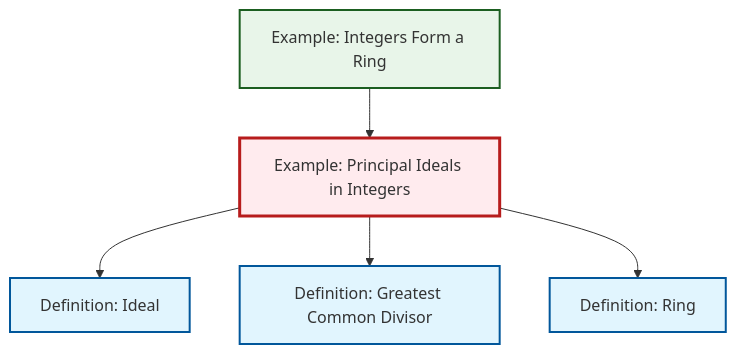
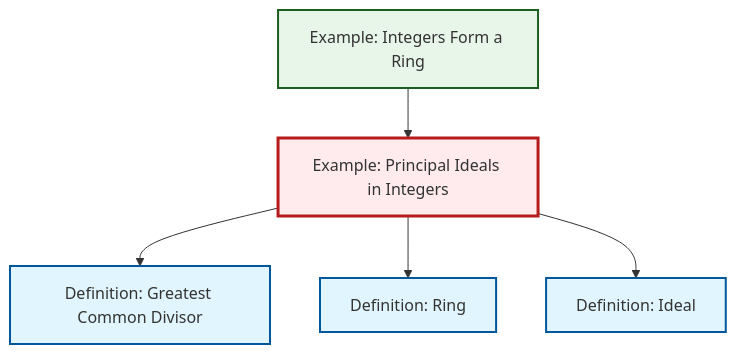
Before and after one commit to RK0429/ModernMath: the diagram in content/en/algebra/ex-principal-ideal.qmd, drawn with Mermaid. The commit also changed other lines of this file and 672 other files, not shown here.

````diff
--- a/content/en/algebra/ex-principal-ideal.qmd
+++ b/content/en/algebra/ex-principal-ideal.qmd
@@ -63,23 +63,23 @@
 ```{mermaid}
 %%| fig-cap: "Local dependency graph"
 graph TD
     classDef definition fill:#e1f5fe,stroke:#01579b,stroke-width:2px
     classDef theorem fill:#f3e5f5,stroke:#4a148c,stroke-width:2px
     classDef axiom fill:#fff3e0,stroke:#e65100,stroke-width:2px
     classDef example fill:#e8f5e9,stroke:#1b5e20,stroke-width:2px
     classDef current fill:#ffebee,stroke:#b71c1c,stroke-width:3px
-    ex-integers-ring["Example: Integers Form a Ring"]:::example
-    def-gcd["Definition: Greatest Common Divisor"]:::definition
+    def-ideal["Definition: Ideal"]:::definition
     def-ring["Definition: Ring"]:::definition
     ex-principal-ideal["Example: Principal Ideals in Integers"]:::example
-    def-ideal["Definition: Ideal"]:::definition
-    ex-principal-ideal --> def-ideal
+    def-gcd["Definition: Greatest Common Divisor"]:::definition
+    ex-integers-ring["Example: Integers Form a Ring"]:::example
     ex-principal-ideal --> def-gcd
     ex-integers-ring --> ex-principal-ideal
     ex-principal-ideal --> def-ring
+    ex-principal-ideal --> def-ideal
     class ex-principal-ideal current
+    click def-ideal "def-ideal.html" "Go to Ideal definition"
+    click def-ring "def-ring.html" "Go to Ring definition"
+    click def-gcd "def-gcd.html" "Go to Greatest Common Divisor definition"
     click ex-integers-ring "ex-integers-ring.html" "Go to Integers Form a Ring example"
-    click def-gcd "def-gcd.html" "Go to Greatest Common Divisor definition"
-    click def-ring "def-ring.html" "Go to Ring definition"
-    click def-ideal "def-ideal.html" "Go to Ideal definition"
 ```
````
